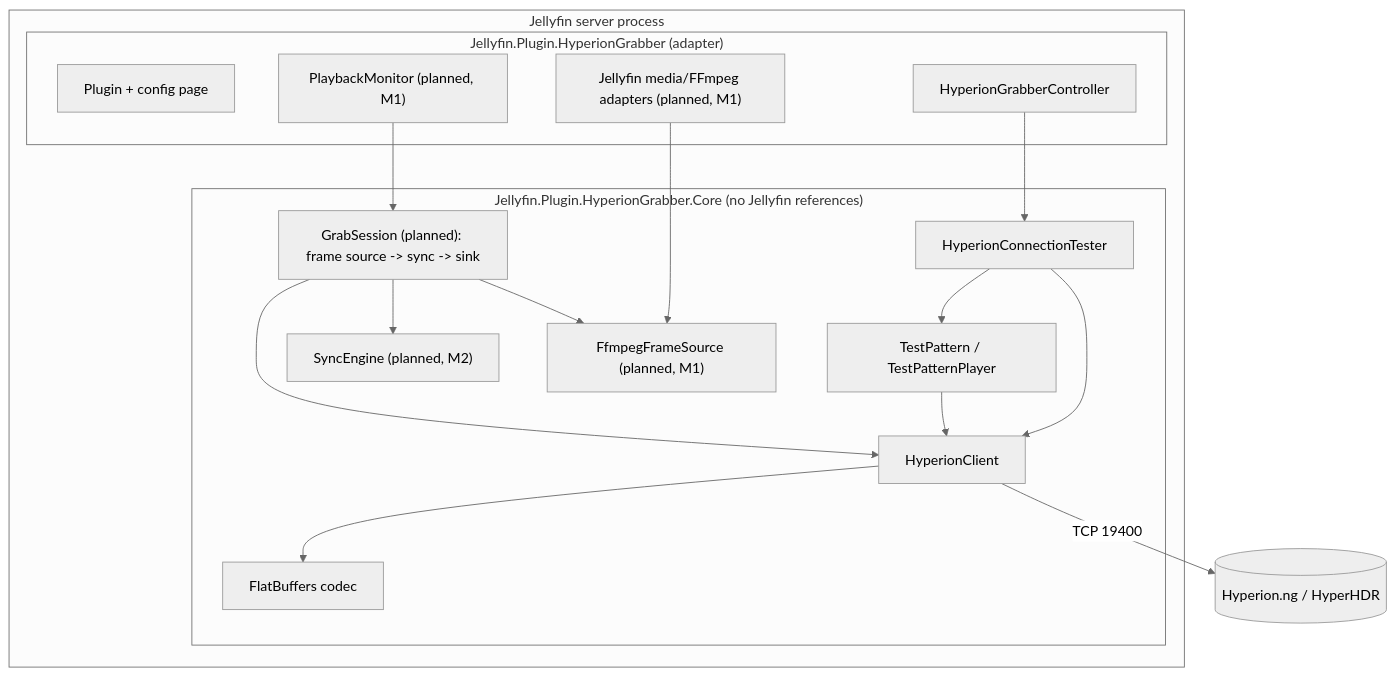
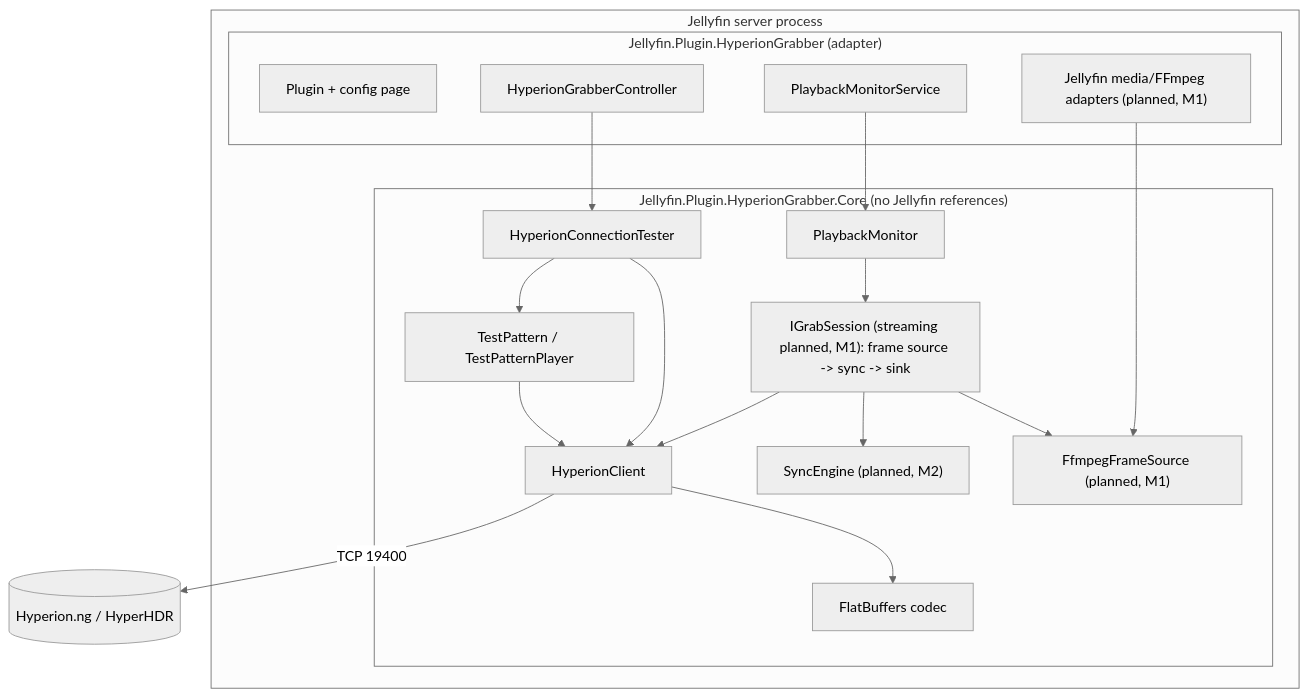
One commit to 25LioN52/JellyfinHyperionGrabber changed the first of 2 diagrams in docs/development/architecture.md. Above: the diagram before and after it, drawn with Mermaid (neutral theme). The commit also changed other lines of this file and 42 other files, not shown here.

Commit message:
feat: playback monitor with device and user filter (#14)

````diff
--- a/docs/development/architecture.md
+++ b/docs/development/architecture.md
@@ -5,29 +5,30 @@
 ```mermaid
 flowchart TB
     subgraph Jellyfin["Jellyfin server process"]
         subgraph Plugin["Jellyfin.Plugin.HyperionGrabber (adapter)"]
             P[Plugin + config page]
             API[HyperionGrabberController]
-            Mon["PlaybackMonitor (planned, M1)"]
+            Mon[PlaybackMonitorService]
             Src["Jellyfin media/FFmpeg adapters (planned, M1)"]
         end
         subgraph Core["Jellyfin.Plugin.HyperionGrabber.Core (no Jellyfin references)"]
             Tester[HyperionConnectionTester]
             Pattern[TestPattern / TestPatternPlayer]
-            Session["GrabSession (planned): frame source -> sync -> sink"]
+            Monitor[PlaybackMonitor]
+            Session["IGrabSession (streaming planned, M1): frame source -> sync -> sink"]
             Sync["SyncEngine (planned, M2)"]
             Frames["FfmpegFrameSource (planned, M1)"]
             Client[HyperionClient]
             Codec[FlatBuffers codec]
         end
     end
     API --> Tester --> Client
     Tester --> Pattern --> Client
-    Mon --> Session
+    Mon --> Monitor --> Session
     Src --> Frames
     Session --> Frames
     Session --> Sync
     Session --> Client
     Client --> Codec
     Client -- TCP 19400 --> H[(Hyperion.ng / HyperHDR)]
 ```
````
